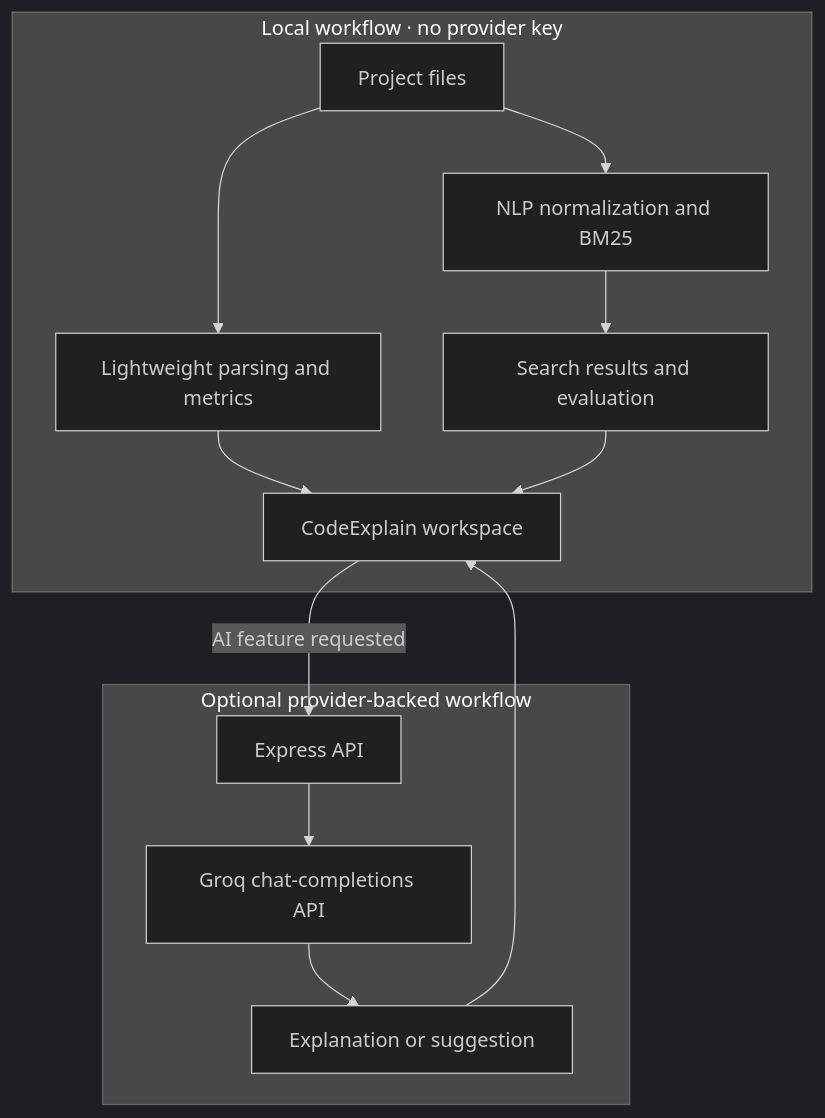
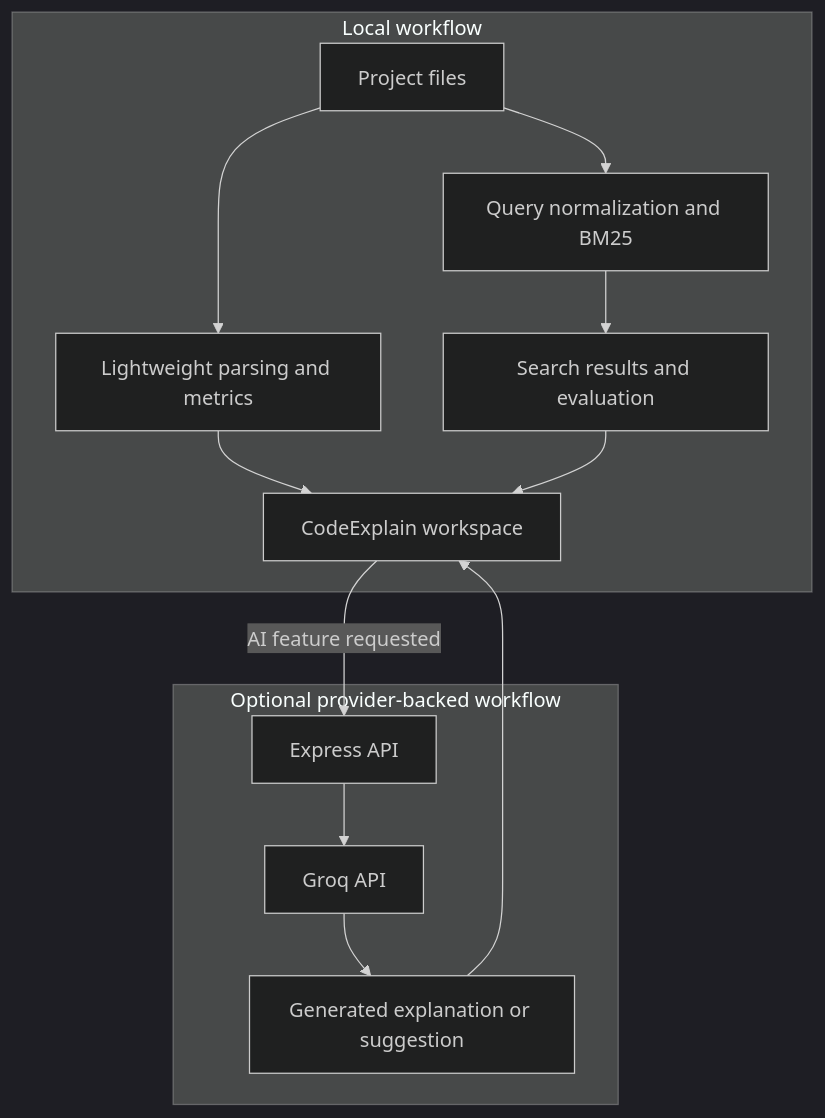
Before and after one commit to srishtipandey1/codeexplain: the second of 2 diagrams in README.md, drawn with Mermaid (dark theme). The commit also changed other lines of this file and 1 other file, not shown here.

````diff
--- a/README.md
+++ b/README.md
@@ -178,16 +173,16 @@
 ```mermaid
 flowchart TB
-    subgraph Local["Local workflow · no provider key"]
+    subgraph Local["Local workflow"]
         A["Project files"] --> B["Lightweight parsing and metrics"]
-        A --> C["NLP normalization and BM25"]
+        A --> C["Query normalization and BM25"]
         C --> D["Search results and evaluation"]
         B --> E["CodeExplain workspace"]
         D --> E
     end
     subgraph Optional["Optional provider-backed workflow"]
         E -->|AI feature requested| F["Express API"]
-        F --> G["Groq chat-completions API"]
-        G --> H["Explanation or suggestion"]
+        F --> G["Groq API"]
+        G --> H["Generated explanation or suggestion"]
         H --> E
     end
 ```
````
